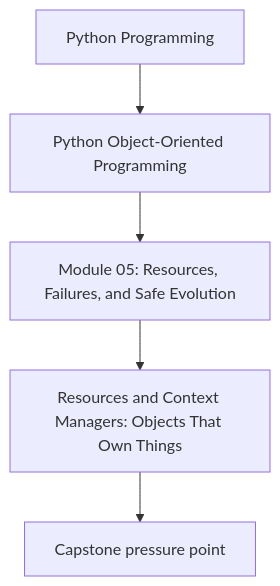
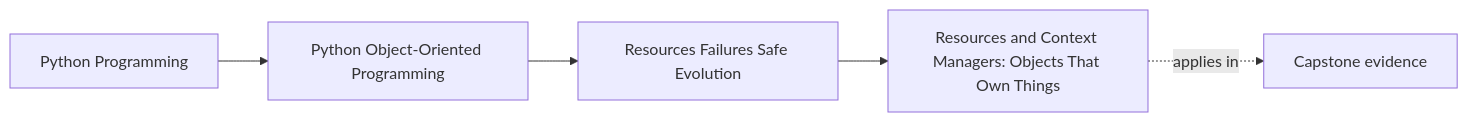
One commit to bijux/bijux-masterclass changed the first of 2 diagrams in programs/python-programming/python-object-oriented-programming/course-book/module-05-resources-failures-safe-evolution/resource-ownership-and-context-managers.md. Above: the diagram before and after it, drawn with Mermaid. The commit also changed other lines of this file and 103 other files, not shown here.

Commit message:
docs(python-object-oriented-programming): map sustainment and capstone surfaces

````diff
--- a/programs/python-programming/python-object-oriented-programming/course-book/module-05-resources-failures-safe-evolution/resource-ownership-and-context-managers.md
+++ b/programs/python-programming/python-object-oriented-programming/course-book/module-05-resources-failures-safe-evolution/resource-ownership-and-context-managers.md
@@ -7,7 +7,11 @@
 ```mermaid
-flowchart TD
-  family["Python Programming"] --> program["Python Object-Oriented Programming"]
-  program --> module["Module 05: Resources, Failures, and Safe Evolution"]
-  module --> concept["Resources and Context Managers: Objects That Own Things"]
-  concept --> capstone["Capstone pressure point"]
+graph LR
+  family["Python Programming"]
+  program["Python Object-Oriented Programming"]
+  section["Resources Failures Safe Evolution"]
+  page["Resources and Context Managers: Objects That Own Things"]
+  capstone["Capstone evidence"]
+
+  family --> program --> section --> page
+  page -.applies in.-> capstone
 ```
````
